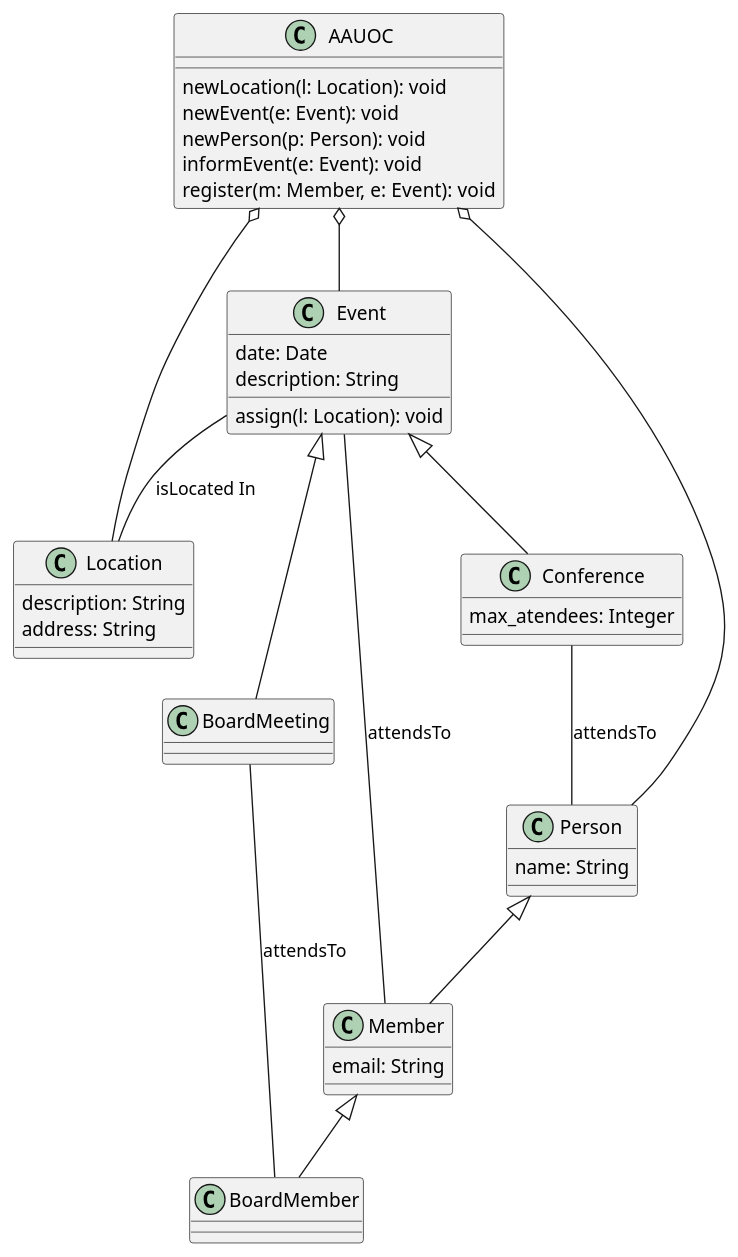
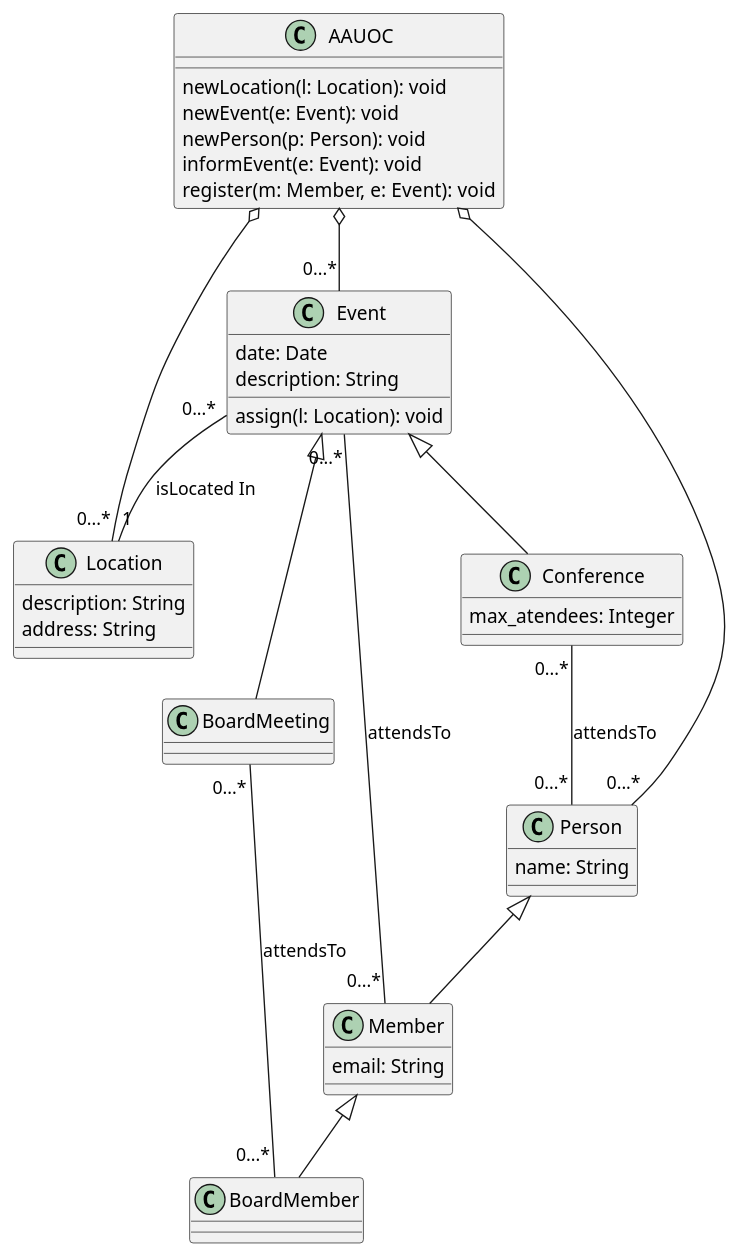
One commit to raulico661/UMLClasesRaul changed the diagram in src/UML.puml. Above: the diagram before and after it, drawn with PlantUML.

Commit message:
Realizado paso 4 Inclusión de la cardinalidad y navegabilidad de las relaciones y editada la memoria con dicho paso

```diff
--- a/src/UML.puml
+++ b/src/UML.puml
@@ -1,44 +1,44 @@
 @startuml
 class Member{
     {field} email: String
 }
 class BoardMember
 class Event{
     {field} date: Date
     {field} description: String
     {method} assign(l: Location): void
 }
 class Conference{
     {field} max_atendees: Integer
 }
 class BoardMeeting
 class Location{
     {field} description: String
     {field} address: String
 }
 class Person{
     {field} name: String
 }
 
 Event <|-- Conference
 Event <|-- BoardMeeting
 
 Person <|-- Member
 Member <|-- BoardMember
 
-AAUOC o-- Person
-AAUOC o-- Event
-AAUOC o-- Location
+AAUOC o-- "0...*" Person
+AAUOC o-- "0...*" Event
+AAUOC o-- "0...*" Location
 
-Event -- Location : isLocated In
-Event -- Member : attendsTo
-Conference -- Person : attendsTo
-BoardMeeting -- BoardMember : attendsTo
+Event "0...*" -- "1" Location : isLocated In
+Event "0...*" -- "0...*" Member : attendsTo
+Conference "0...*" -- "0...*" Person : attendsTo
+BoardMeeting "0...*" -- "0...*" BoardMember : attendsTo
 
 AAUOC : newLocation(l: Location): void
 AAUOC : newEvent(e: Event): void
 AAUOC : newPerson(p: Person): void
 AAUOC : informEvent(e: Event): void
 AAUOC : register(m: Member, e: Event): void
 
 @enduml
```
